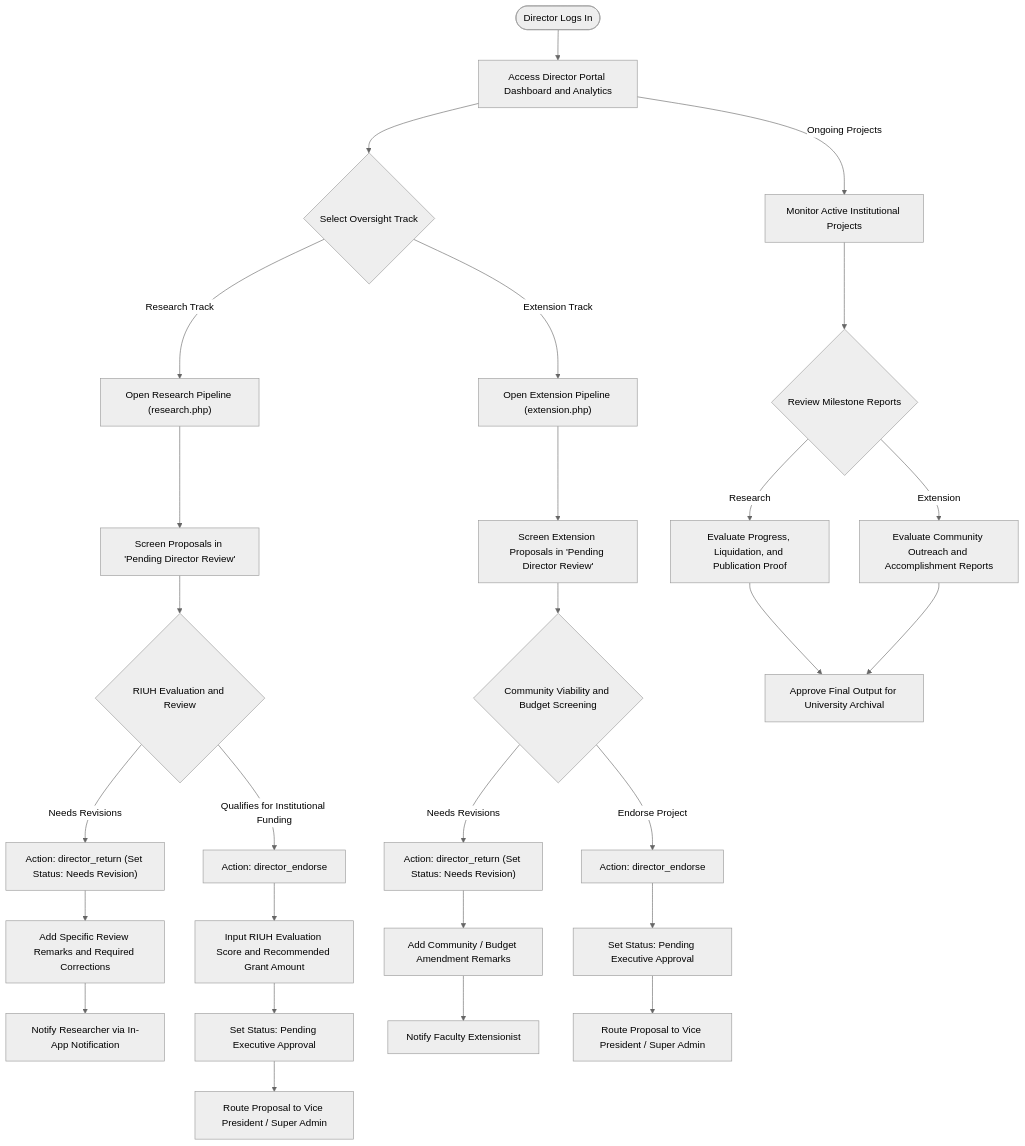
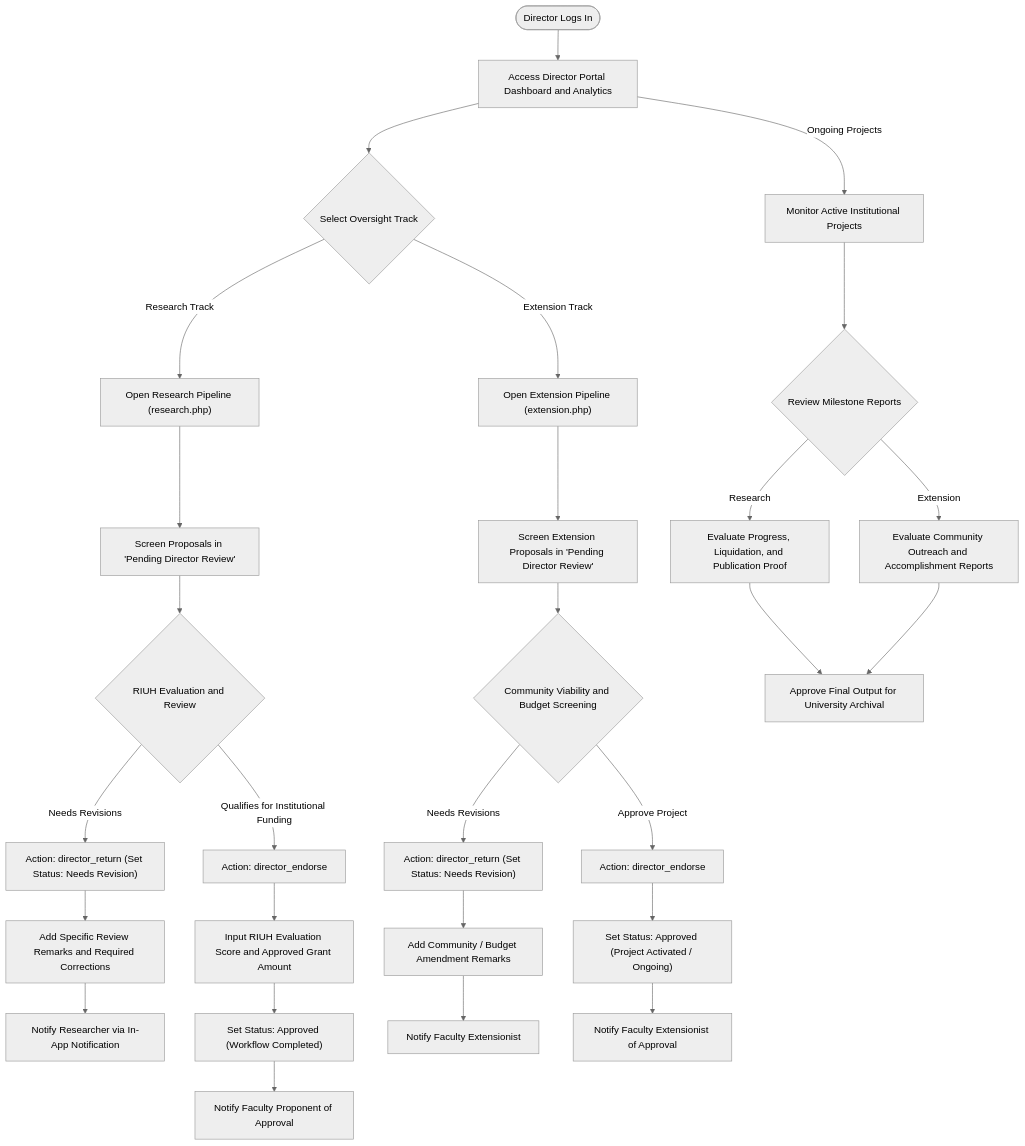
One commit to superdabs37-creator/ovpre changed the third of 9 diagrams in SYSTEM_DIAGRAMS.md. Above: the diagram before and after it, drawn with Mermaid (neutral theme). The commit also changed other lines of this file and 13 other files, not shown here.

Commit message:
Remove Pending Executive Approval stage and allow Director evaluation to directly approve proposals

````diff
--- a/SYSTEM_DIAGRAMS.md
+++ b/SYSTEM_DIAGRAMS.md
@@ -140,41 +135,41 @@
 ```mermaid
 flowchart TD
     DirLogin([Director Logs In]) --> DirDashboard["Access Director Portal Dashboard and Analytics"]
     
     DirDashboard --> SelectDirTrack{"Select Oversight Track"}
 
     %% Research Track
     SelectDirTrack -->|Research Track| ResearchDirectorQueue["Open Research Pipeline (research.php)"]
     ResearchDirectorQueue --> ReviewResProposal["Screen Proposals in 'Pending Director Review'"]
     ReviewResProposal --> ResEvaluation{"RIUH Evaluation and Review"}
     
     ResEvaluation -->|Needs Revisions| ResReturn["Action: director_return (Set Status: Needs Revision)"]
     ResReturn --> ResReturnNote["Add Specific Review Remarks and Required Corrections"]
     ResReturnNote --> NotifyResearcher["Notify Researcher via In-App Notification"]
 
     ResEvaluation -->|Qualifies for Institutional Funding| ResEndorse["Action: director_endorse"]
-    ResEndorse --> ResScore["Input RIUH Evaluation Score and Recommended Grant Amount"]
-    ResScore --> ResToExec["Set Status: Pending Executive Approval"]
-    ResToExec --> NotifyVP1["Route Proposal to Vice President / Super Admin"]
+    ResEndorse --> ResScore["Input RIUH Evaluation Score and Approved Grant Amount"]
+    ResScore --> ResToExec["Set Status: Approved (Workflow Completed)"]
+    ResToExec --> NotifyVP1["Notify Faculty Proponent of Approval"]
 
     %% Extension Track
     SelectDirTrack -->|Extension Track| ExtensionDirectorQueue["Open Extension Pipeline (extension.php)"]
     ExtensionDirectorQueue --> ReviewExtProposal["Screen Extension Proposals in 'Pending Director Review'"]
     ReviewExtProposal --> ExtEvaluation{"Community Viability and Budget Screening"}
 
     ExtEvaluation -->|Needs Revisions| ExtReturn["Action: director_return (Set Status: Needs Revision)"]
     ExtReturn --> ExtReturnNote["Add Community / Budget Amendment Remarks"]
     ExtReturnNote --> NotifyExtensionist["Notify Faculty Extensionist"]
 
-    ExtEvaluation -->|Endorse Project| ExtEndorse["Action: director_endorse"]
-    ExtEndorse --> ExtToExec["Set Status: Pending Executive Approval"]
-    ExtToExec --> NotifyVP2["Route Proposal to Vice President / Super Admin"]
+    ExtEvaluation -->|Approve Project| ExtEndorse["Action: director_endorse"]
+    ExtEndorse --> ExtToExec["Set Status: Approved (Project Activated / Ongoing)"]
+    ExtToExec --> NotifyVP2["Notify Faculty Extensionist of Approval"]
 
     %% Post-Approval Oversight
     DirDashboard -->|Ongoing Projects| TrackProjects["Monitor Active Institutional Projects"]
     TrackProjects --> ReviewReports{"Review Milestone Reports"}
     ReviewReports -->|Research| InspectResearchMilestones["Evaluate Progress, Liquidation, and Publication Proof"]
     ReviewReports -->|Extension| InspectExtensionImpact["Evaluate Community Outreach and Accomplishment Reports"]
     InspectResearchMilestones --> DirArchive["Approve Final Output for University Archival"]
     InspectExtensionImpact --> DirArchive
 ```
````
